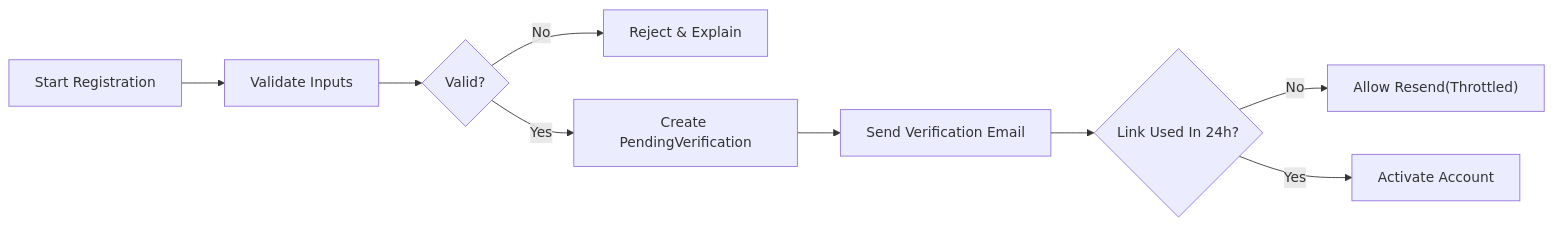
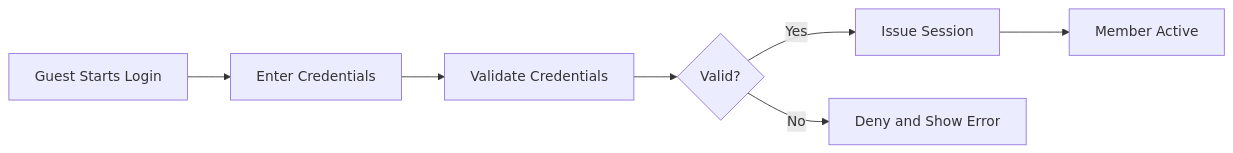
Before and after one commit to wrtnlabs/autobe-examples: the first of 4 diagrams in openai/gpt-5/reddit/docs/analysis/00-toc.md, drawn with Mermaid. The commit also changed other lines of this file and 16146 other files, not shown here.

````diff
--- a/openai/gpt-5/reddit/docs/analysis/00-toc.md
+++ b/openai/gpt-5/reddit/docs/analysis/00-toc.md
@@ -193,11 +56,9 @@
 ```mermaid
 graph LR
-  A["Start Registration"] --> B["Validate Inputs"]
-  B --> C{"Valid?"}
-  C -->|"No"| D["Reject & Explain"]
-  C -->|"Yes"| E["Create PendingVerification"]
-  E --> F["Send Verification Email"]
-  F --> G{"Link Used In 24h?"}
-  G -->|"No"| H["Allow Resend(Throttled)"]
-  G -->|"Yes"| I["Activate Account"]
+  A["Guest Starts Login"] --> B["Enter Credentials"]
+  B --> C["Validate Credentials"]
+  C --> D{"Valid?"}
+  D -->|"Yes"| E["Issue Session"]
+  E --> F["Member Active"]
+  D -->|"No"| G["Deny and Show Error"]
 ```
````
